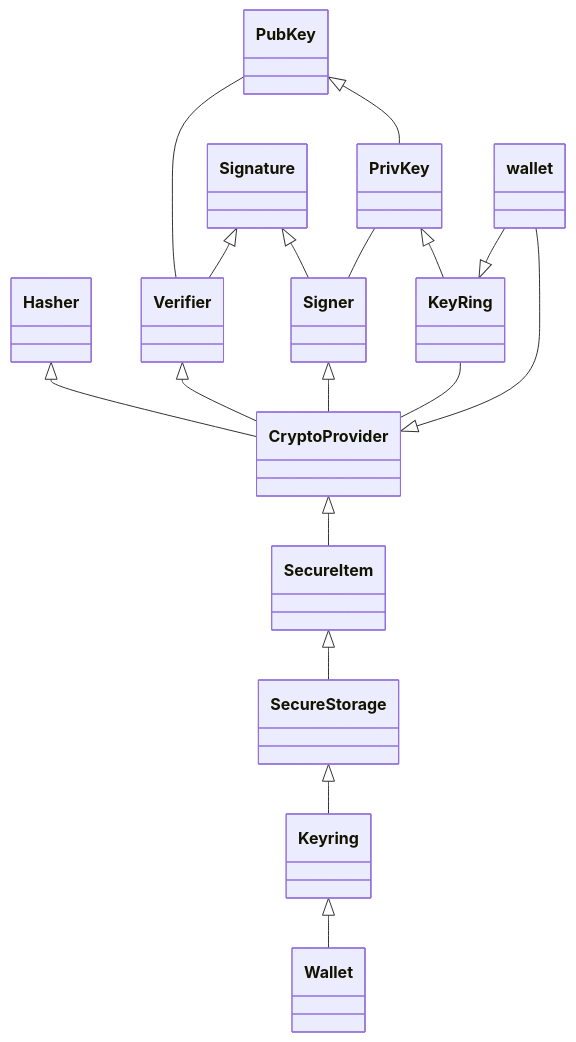
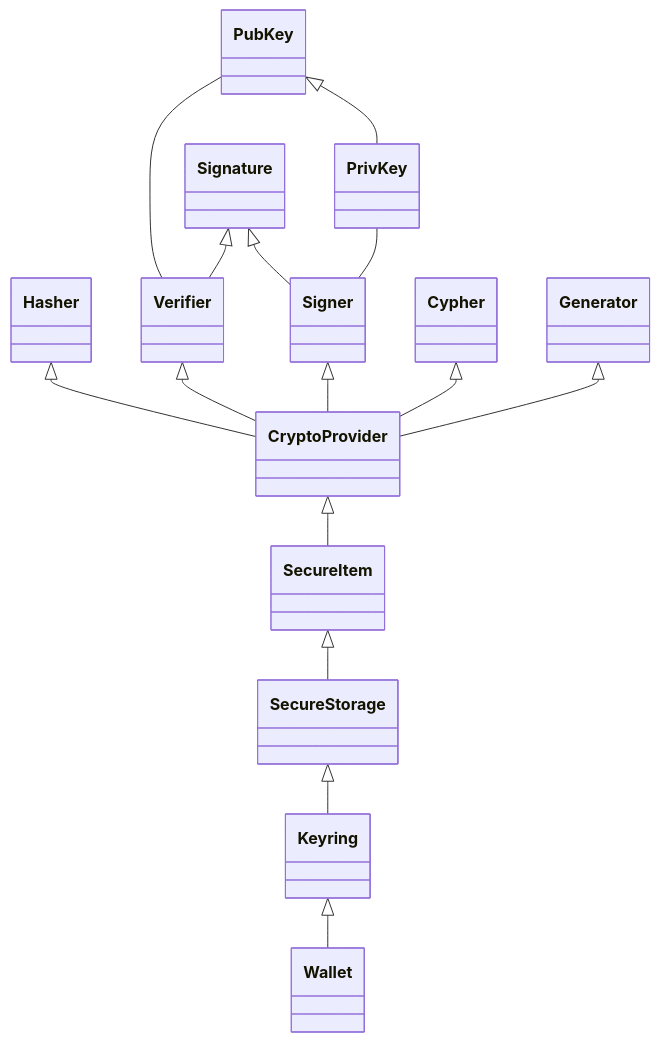
Before and after one commit to Zondax/cosmos-sdk: the first of 5 diagrams in crypto/docs/adr.md, drawn with Mermaid. The commit also changed other lines of this file, not shown here.

````diff
--- a/crypto/docs/adr.md
+++ b/crypto/docs/adr.md
@@ -48,25 +104,21 @@
 ```mermaid
 classDiagram
 
 Keyring <|-- Wallet
 
 SecureStorage <|-- Keyring
 SecureItem <|-- SecureStorage
 CryptoProvider <|-- SecureItem
 
 Hasher <|-- CryptoProvider
+Verifier <|-- CryptoProvider
+Signer <|-- CryptoProvider
+Cypher <|-- CryptoProvider
+Generator <|-- CryptoProvider
 
 PubKey <|-- PrivKey
 PubKey -- Verifier
-
 Signature <|-- Signer
 Signature <|-- Verifier
 PrivKey -- Signer
-
-Verifier <|-- CryptoProvider
-Signer <|-- CryptoProvider  
-KeyRing -- CryptoProvider
-PrivKey <|-- KeyRing
-wallet --|> KeyRing
-wallet --|> CryptoProvider
 ```
````
